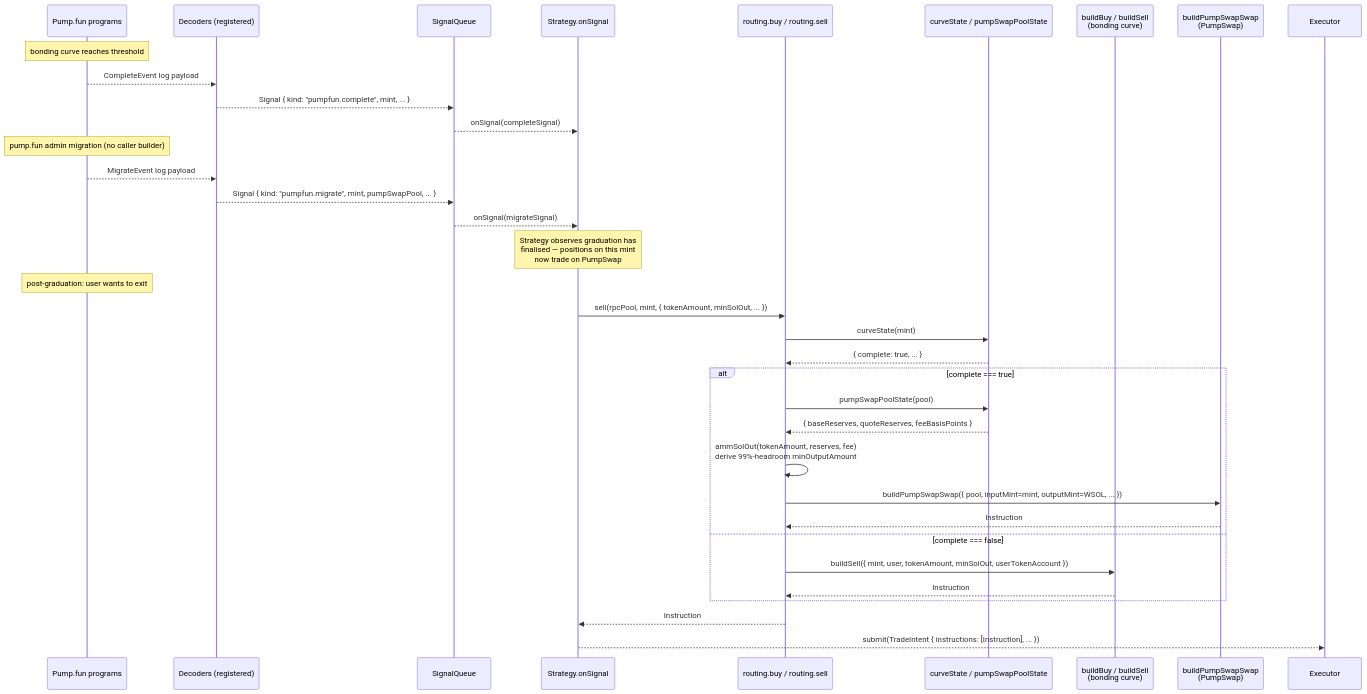
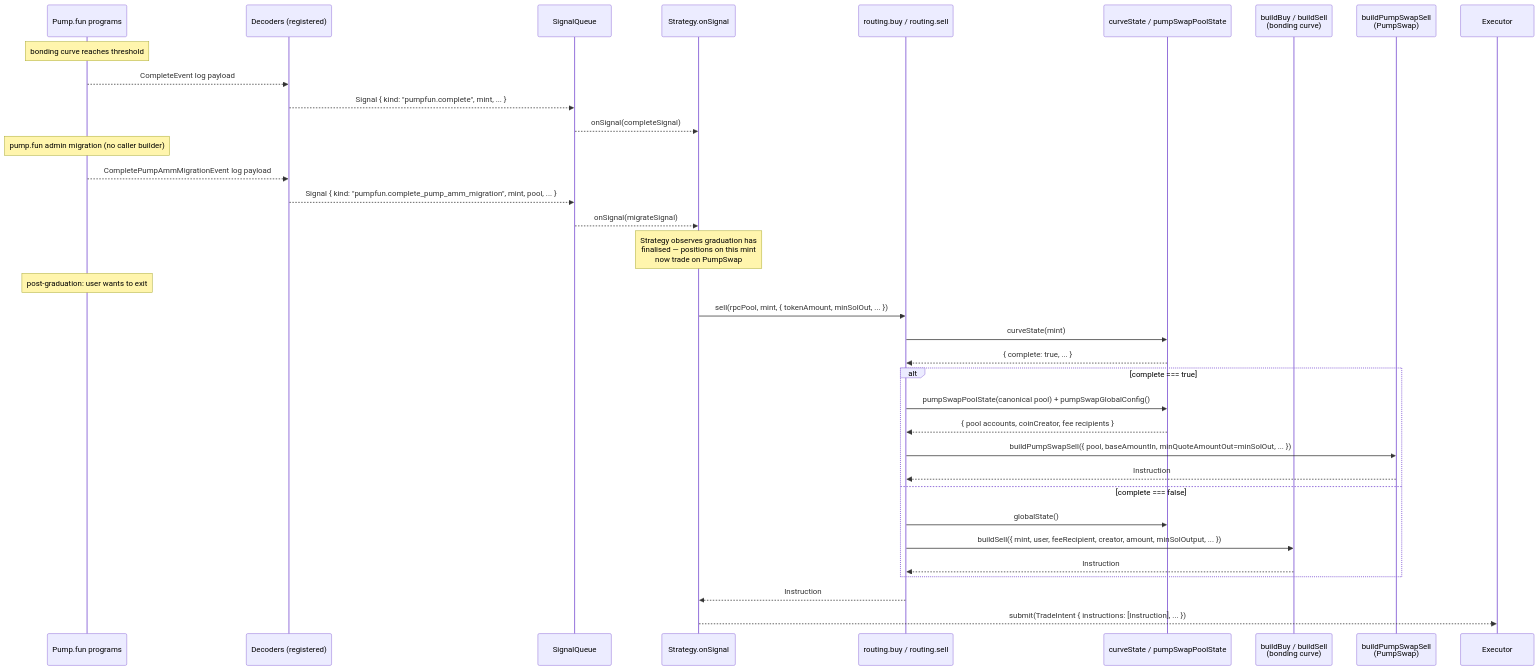
Before and after one commit to AP3X-Dev/AP3X-Solana: the third of 3 diagrams in docs/architecture/pumpfun.md, drawn with Mermaid. The commit also changed other lines of this file and 63 other files, not shown here.

````diff
--- a/docs/architecture/pumpfun.md
+++ b/docs/architecture/pumpfun.md
@@ -195,43 +195,43 @@
 ```mermaid
 sequenceDiagram
     accTitle: Graduation boundary — Complete, Migrate, then PumpSwap Swap
     accDescr: How a strategy tracking a position across the pump.fun graduation boundary uses routing.buy and routing.sell to dispatch to the correct builder
 
     participant Chain as Pump.fun programs
     participant Dec as Decoders (registered)
     participant Q as SignalQueue
     participant Strat as Strategy.onSignal
     participant R as routing.buy / routing.sell
     participant State as curveState / pumpSwapPoolState
     participant BC as buildBuy / buildSell<br/>(bonding curve)
-    participant PS as buildPumpSwapSwap<br/>(PumpSwap)
+    participant PS as buildPumpSwapSell<br/>(PumpSwap)
     participant Exec as Executor
 
     Note over Chain: bonding curve reaches threshold
     Chain-->>Dec: CompleteEvent log payload
     Dec-->>Q: Signal { kind: "pumpfun.complete", mint, ... }
     Q-->>Strat: onSignal(completeSignal)
 
     Note over Chain: pump.fun admin migration (no caller builder)
-    Chain-->>Dec: MigrateEvent log payload
-    Dec-->>Q: Signal { kind: "pumpfun.migrate", mint, pumpSwapPool, ... }
+    Chain-->>Dec: CompletePumpAmmMigrationEvent log payload
+    Dec-->>Q: Signal { kind: "pumpfun.complete_pump_amm_migration", mint, pool, ... }
     Q-->>Strat: onSignal(migrateSignal)
     Note over Strat: Strategy observes graduation has<br/>finalised — positions on this mint<br/>now trade on PumpSwap
 
     Note over Chain: post-graduation: user wants to exit
     Strat->>R: sell(rpcPool, mint, { tokenAmount, minSolOut, ... })
     R->>State: curveState(mint)
     State-->>R: { complete: true, ... }
     alt complete === true
-        R->>State: pumpSwapPoolState(pool)
-        State-->>R: { baseReserves, quoteReserves, feeBasisPoints }
-        R->>R: ammSolOut(tokenAmount, reserves, fee)<br/>derive 99%-headroom minOutputAmount
-        R->>PS: buildPumpSwapSwap({ pool, inputMint=mint, outputMint=WSOL, ... })
+        R->>State: pumpSwapPoolState(canonical pool) + pumpSwapGlobalConfig()
+        State-->>R: { pool accounts, coinCreator, fee recipients }
+        R->>PS: buildPumpSwapSell({ pool, baseAmountIn, minQuoteAmountOut=minSolOut, ... })
         PS-->>R: Instruction
     else complete === false
-        R->>BC: buildSell({ mint, user, tokenAmount, minSolOut, userTokenAccount })
+        R->>State: globalState()
+        R->>BC: buildSell({ mint, user, feeRecipient, creator, amount, minSolOutput, ... })
         BC-->>R: Instruction
     end
     R-->>Strat: Instruction
     Strat-->>Exec: submit(TradeIntent { instructions: [Instruction], ... })
 ```
````
